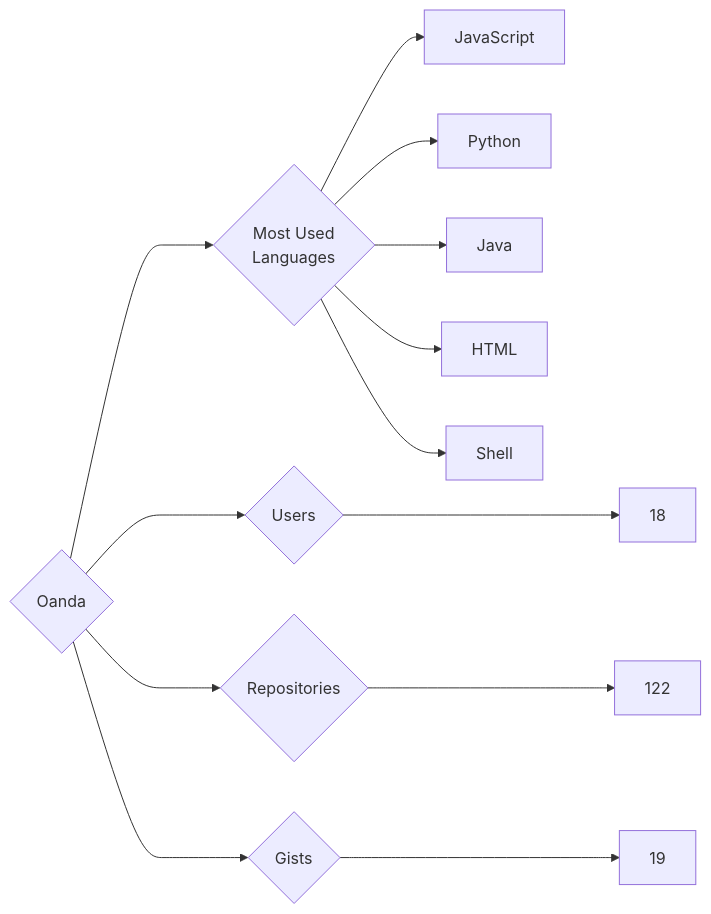
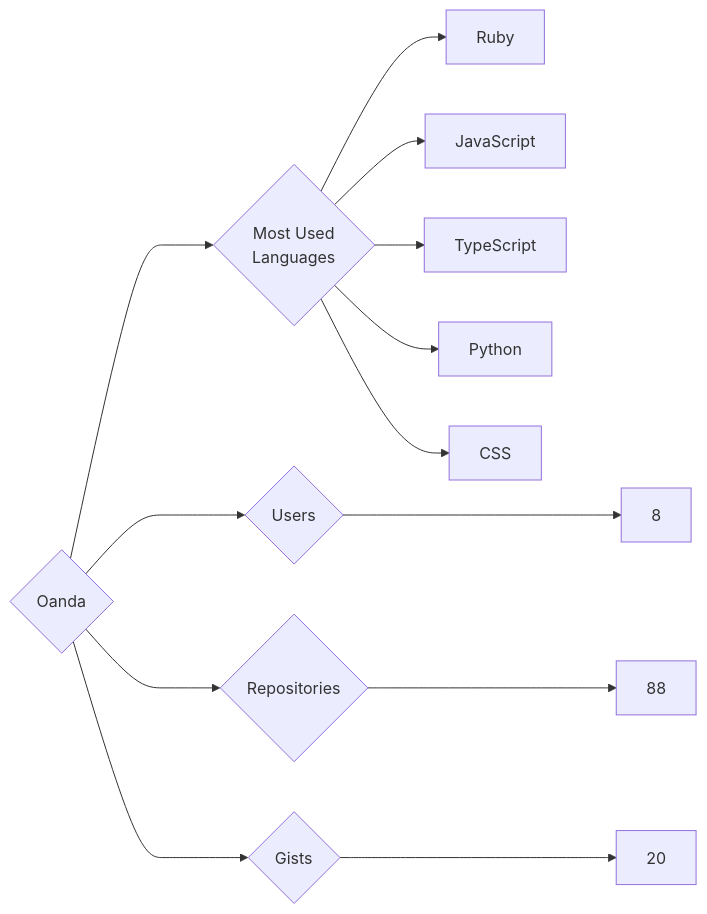
The diagram in targets/Oanda/README.md (trickest/insiders), drawn with Mermaid before and after one commit. The commit also changed 582 other files, not shown here.

````diff
--- a/targets/Oanda/README.md
+++ b/targets/Oanda/README.md
@@ -3,13 +3,13 @@
 ```mermaid
 graph LR
 COMPANY_NAME{Oanda}
-COMPANY_NAME ---> U{Users} ---> UN[18]
-COMPANY_NAME ---> R{Repositories} ---> RN[122]
-COMPANY_NAME ---> G{Gists} ---> GN[19]
+COMPANY_NAME ---> U{Users} ---> UN[8]
+COMPANY_NAME ---> R{Repositories} ---> RN[88]
+COMPANY_NAME ---> G{Gists} ---> GN[20]
 COMPANY_NAME ---> ML{Most Used<br>Languages}
+ML --> Ruby[Ruby]
 ML --> JavaScript[JavaScript]
+ML --> TypeScript[TypeScript]
 ML --> Python[Python]
-ML --> Java[Java]
-ML --> HTML[HTML]
-ML --> Shell[Shell]
+ML --> CSS[CSS]
 ```
````
